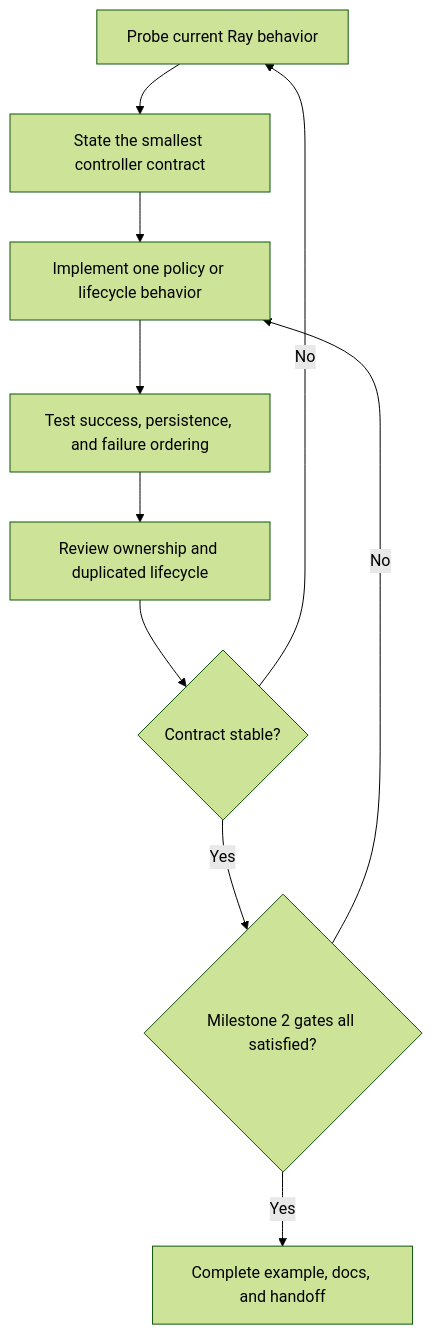
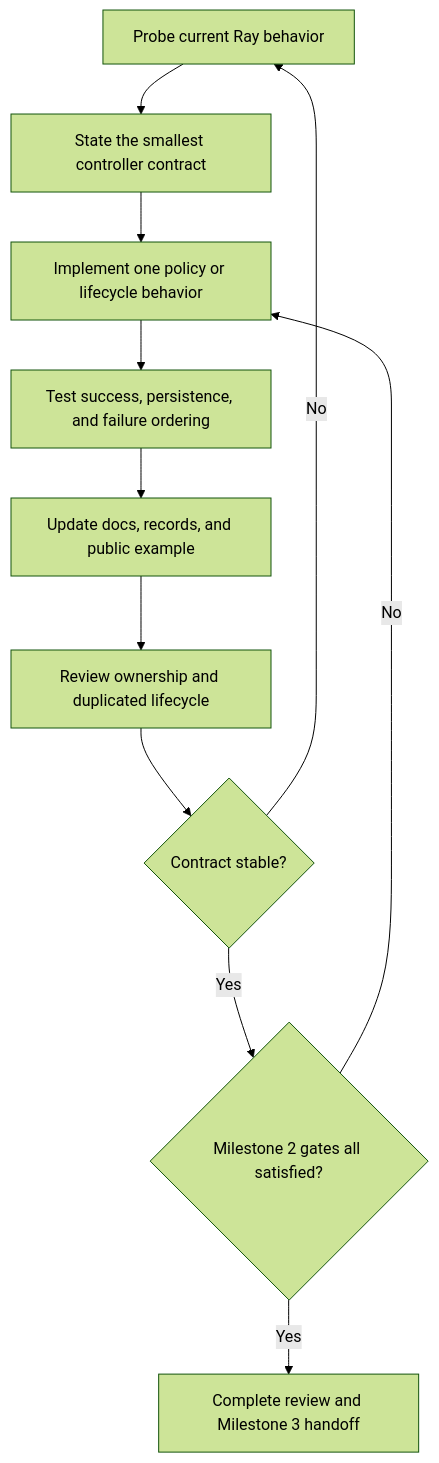
Before and after one commit to smithblack-0/ClanBasedTuning: the diagram in docs/milestones/evolutionary_controller_plan.md, drawn with Mermaid (forest theme). The commit also changed other lines of this file, not shown here.

Commit message:
Make Milestone 2 plan project-complete

````diff
--- a/docs/milestones/evolutionary_controller_plan.md
+++ b/docs/milestones/evolutionary_controller_plan.md
@@ -55,12 +73,13 @@
 ```mermaid
 flowchart TD
     A[Probe current Ray behavior] --> B[State the smallest controller contract]
     B --> C[Implement one policy or lifecycle behavior]
     C --> D[Test success, persistence, and failure ordering]
-    D --> E[Review ownership and duplicated lifecycle]
-    E --> F{Contract stable?}
-    F -- No --> A
-    F -- Yes --> G{Milestone 2 gates all satisfied?}
-    G -- No --> C
-    G -- Yes --> H[Complete example, docs, and handoff]
+    D --> E[Update docs, records, and public example]
+    E --> F[Review ownership and duplicated lifecycle]
+    F --> G{Contract stable?}
+    G -- No --> A
+    G -- Yes --> H{Milestone 2 gates all satisfied?}
+    H -- No --> C
+    H -- Yes --> I[Complete review and Milestone 3 handoff]
 ```
````
